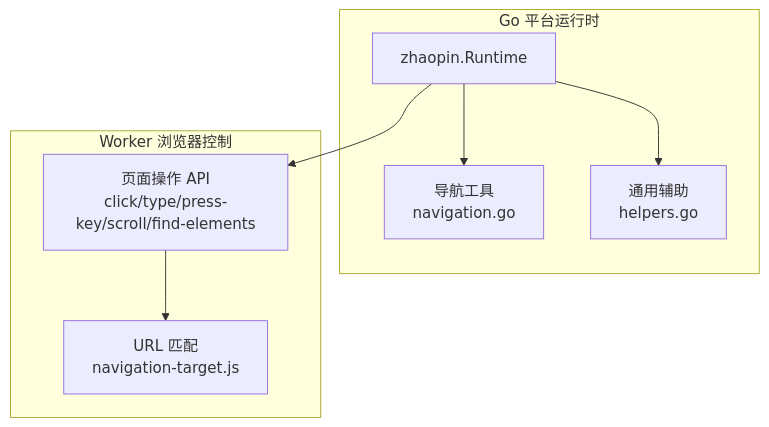
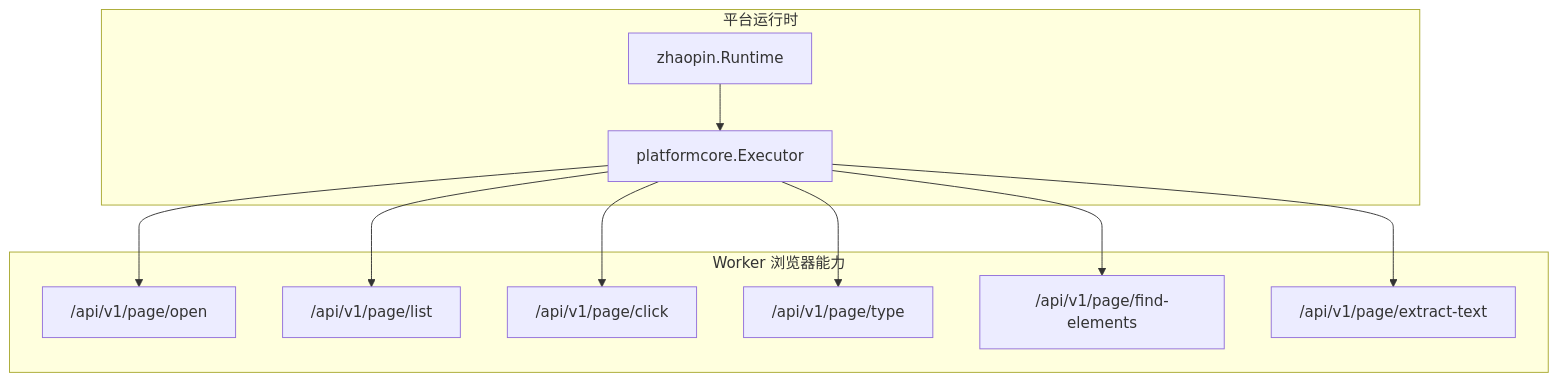
The first of 6 diagrams in .qoder/repowiki/zh/content/本地执行器/平台适配器/智联招聘适配器/页面导航.md (alvinwangzi/goodhr), drawn with Mermaid before and after one commit. The commit also changed other lines of this file and 149 other files, not shown here.

````diff
--- a/.qoder/repowiki/zh/content/本地执行器/平台适配器/智联招聘适配器/页面导航.md
+++ b/.qoder/repowiki/zh/content/本地执行器/平台适配器/智联招聘适配器/页面导航.md
@@ -42,16 +45,22 @@
 ```mermaid
 graph TB
-subgraph "Go 平台运行时"
+subgraph "平台运行时"
 ZR["zhaopin.Runtime"]
-NP["导航工具<br/>navigation.go"]
-HP["通用辅助<br/>helpers.go"]
+PC["platformcore.Executor"]
 end
-subgraph "Worker 浏览器控制"
-WAPI["页面操作 API<br/>click/type/press-key/scroll/find-elements"]
-NT["URL 匹配<br/>navigation-target.js"]
+subgraph "Worker 浏览器能力"
+WOpen["/api/v1/page/open"]
+WList["/api/v1/page/list"]
+WClick["/api/v1/page/click"]
+WType["/api/v1/page/type"]
+WFind["/api/v1/page/find-elements"]
+WExtract["/api/v1/page/extract-text"]
 end
-ZR --> NP
-ZR --> HP
-ZR --> WAPI
-WAPI --> NT
+ZR --> PC
+PC --> WOpen
+PC --> WList
+PC --> WClick
+PC --> WType
+PC --> WFind
+PC --> WExtract
 ```
````
